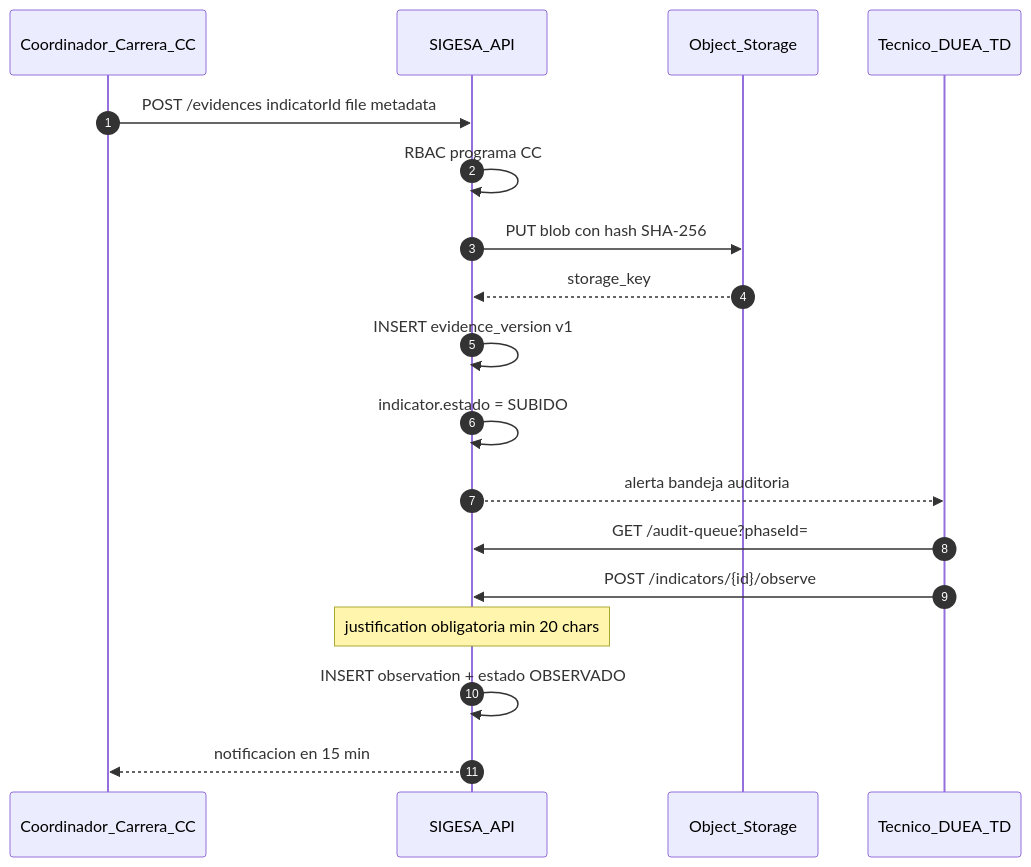
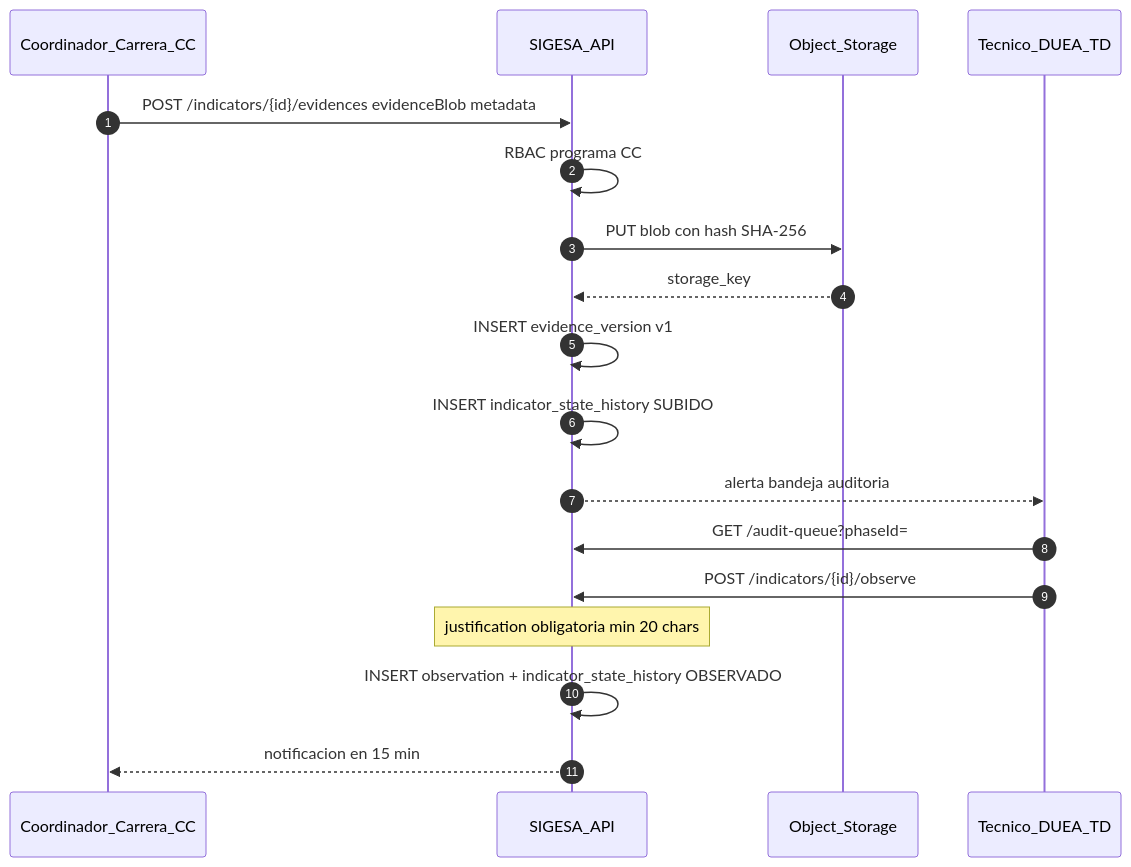
One commit to AcredIA-UMSS/sigesa-docs changed the diagram in docs/07_diagramas/UC02_secuencia.mmd. Above: the diagram before and after it, drawn with Mermaid. The commit also changed 40 other files, not shown here.

First line of the commit message:
docs(dti): align SIGESA cloud architecture v1

```diff
--- a/docs/07_diagramas/UC02_secuencia.mmd
+++ b/docs/07_diagramas/UC02_secuencia.mmd
@@ -1,23 +1,23 @@
 %% FSD-UC-004 Cargar Evidencia + FSD-UC-008 Observar
 %% Trazabilidad: PRD-US-002, PRD-US-009 | FSD-BR-01, FSD-BR-05
 
 sequenceDiagram
     autonumber
     participant CC as Coordinador_Carrera_CC
     participant SYS as SIGESA_API
     participant STORE as Object_Storage
     participant TD as Tecnico_DUEA_TD
 
-    CC->>SYS: POST /evidences indicatorId file metadata
+    CC->>SYS: POST /indicators/{id}/evidences evidenceBlob metadata
     SYS->>SYS: RBAC programa CC
     SYS->>STORE: PUT blob con hash SHA-256
     STORE-->>SYS: storage_key
     SYS->>SYS: INSERT evidence_version v1
-    SYS->>SYS: indicator.estado = SUBIDO
+    SYS->>SYS: INSERT indicator_state_history SUBIDO
     SYS-->>TD: alerta bandeja auditoria
 
     TD->>SYS: GET /audit-queue?phaseId=
     TD->>SYS: POST /indicators/{id}/observe
     Note over SYS: justification obligatoria min 20 chars
-    SYS->>SYS: INSERT observation + estado OBSERVADO
+    SYS->>SYS: INSERT observation + indicator_state_history OBSERVADO
     SYS-->>CC: notificacion en 15 min
```
